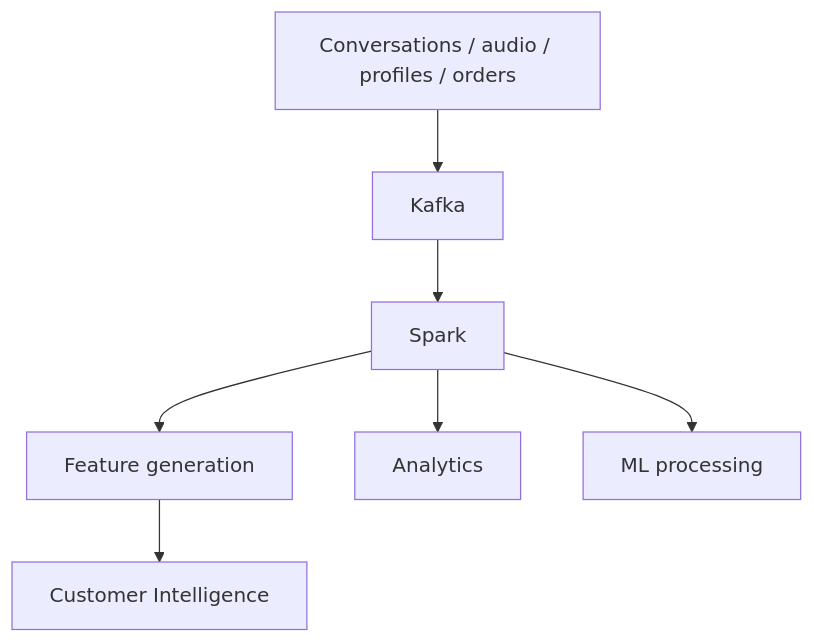
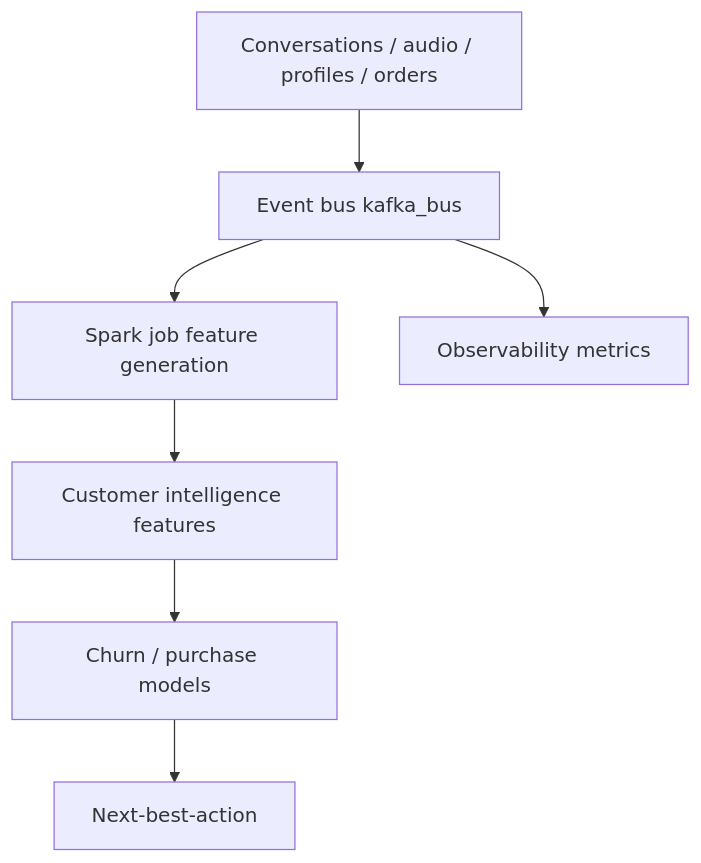
The diagram in docs/architecture/08-big-data-architecture.md (Gags-31/HubSpot-AI-CRM), drawn with Mermaid before and after one commit. The commit also changed other lines of this file and 62 other files, not shown here.

Commit message:
v3: SQLite persistence, 11 agents, JWT/RBAC security, WebSocket chat, vector store RAG, ML models, job runner, telemetry, seed data, CI, expanded website

````diff
--- a/docs/architecture/08-big-data-architecture.md
+++ b/docs/architecture/08-big-data-architecture.md
@@ -9,9 +9,9 @@
 ```mermaid
 flowchart TD
-  D[Conversations / audio / profiles / orders] --> K[Kafka]
-  K --> S[Spark]
-  S --> FE[Feature generation]
-  S --> AN[Analytics]
-  S --> ML[ML processing]
-  FE --> CI[Customer Intelligence]
+  D[Conversations / audio / profiles / orders] --> K[Event bus kafka_bus]
+  K --> SPARK[Spark job feature generation]
+  SPARK --> CI[Customer intelligence features]
+  CI --> ML[Churn / purchase models]
+  ML --> NBA[Next-best-action]
+  K --> OBS[Observability metrics]
 ```
````
